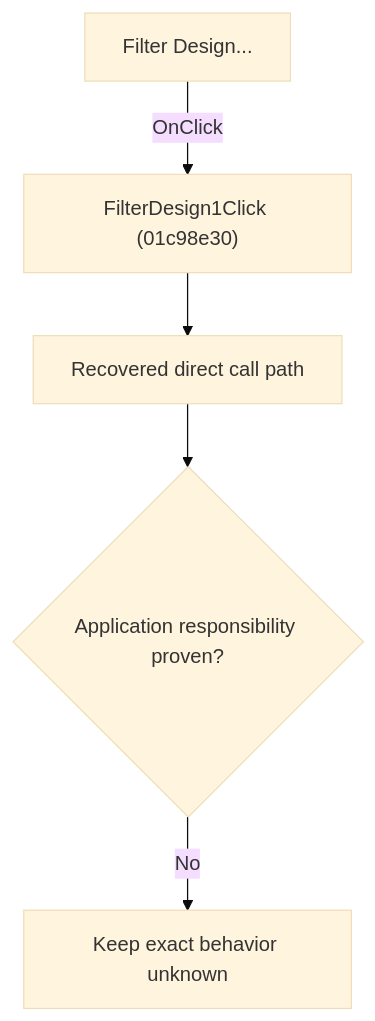
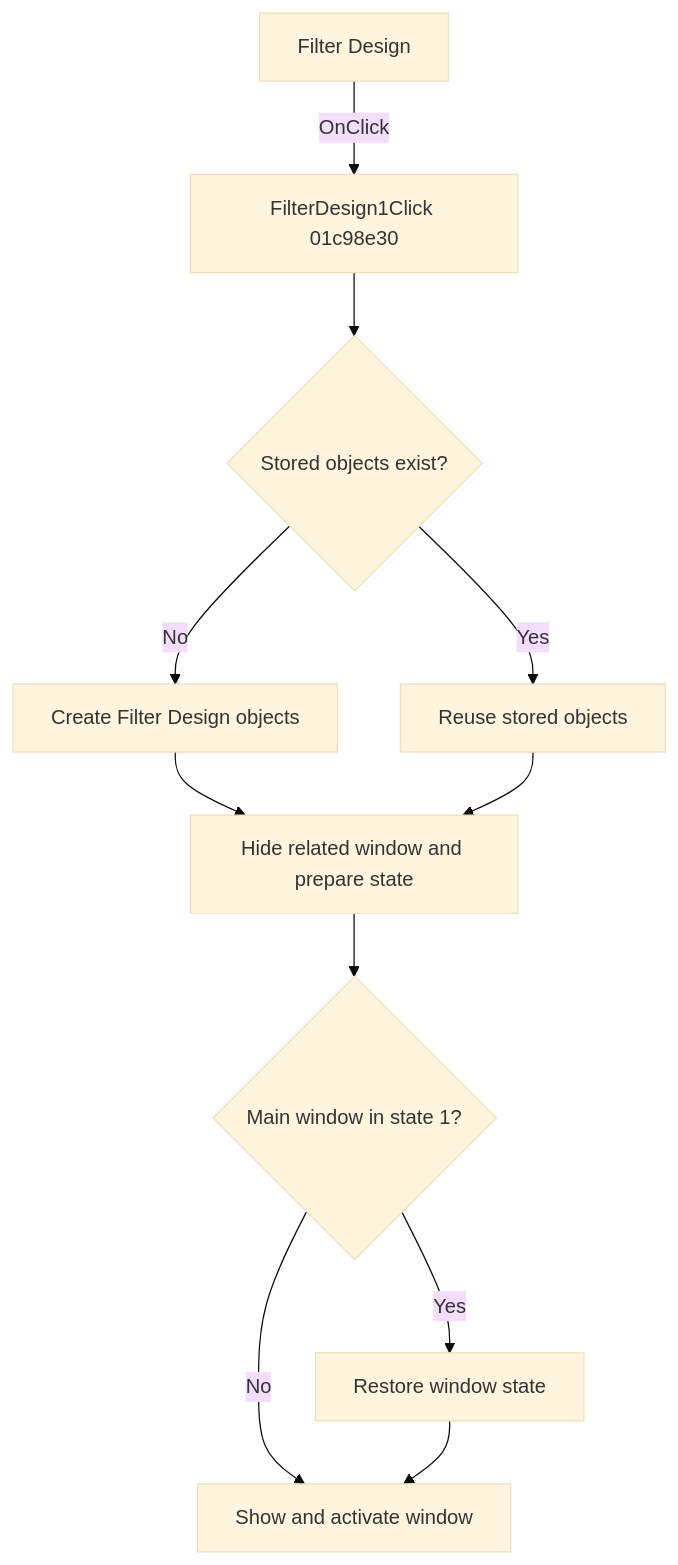
Before and after one commit to MovGP0/TIARA: the diagram in docs/ui-controls/schematiceditor/filterdesign1-a3fc2f1ba1.md, drawn with Mermaid (base theme). The commit also changed other lines of this file and 241 other files, not shown here.

````diff
--- a/docs/ui-controls/schematiceditor/filterdesign1-a3fc2f1ba1.md
+++ b/docs/ui-controls/schematiceditor/filterdesign1-a3fc2f1ba1.md
@@ -27,7 +24,13 @@
 ```mermaid
 flowchart TD
-    control["Filter Design..."] -->|"OnClick"| handler["FilterDesign1Click (01c98e30)"]
-    handler --> recovered["Recovered direct call path"]
-    recovered --> gap{"Application responsibility proven?"}
-    gap -->|"No"| blocked["Keep exact behavior unknown"]
+    control["Filter Design"] -->|"OnClick"| handler["FilterDesign1Click 01c98e30"]
+    handler --> exists{"Stored objects exist?"}
+    exists -->|"No"| create["Create Filter Design objects"]
+    exists -->|"Yes"| reuse["Reuse stored objects"]
+    create --> prepare["Hide related window and prepare state"]
+    reuse --> prepare
+    prepare --> restore{"Main window in state 1?"}
+    restore -->|"Yes"| normalize["Restore window state"]
+    restore -->|"No"| show["Show and activate window"]
+    normalize --> show
 ```
````
